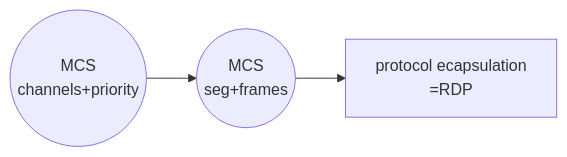
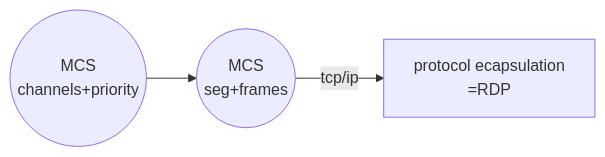
One commit to 0xClumzzy/learning changed the diagram in htb/academy/CPTS/footprinting/RDP.md. Above: the diagram before and after it, drawn with Mermaid. The commit also changed other lines of this file, not shown here.

Commit message:
vault backup: 2026-10-04 10:37:36

````diff
--- a/htb/academy/CPTS/footprinting/RDP.md
+++ b/htb/academy/CPTS/footprinting/RDP.md
@@ -80,5 +80,5 @@
 ```mermaid 
 flowchart LR
 A((MCS</br> channels+priority))-->B((MCS</br>seg+frames))
-B-->C[protocol ecapsulation</br>=RDP]
+B--tcp/ip-->C[protocol ecapsulation</br>=RDP]
 ```
````
